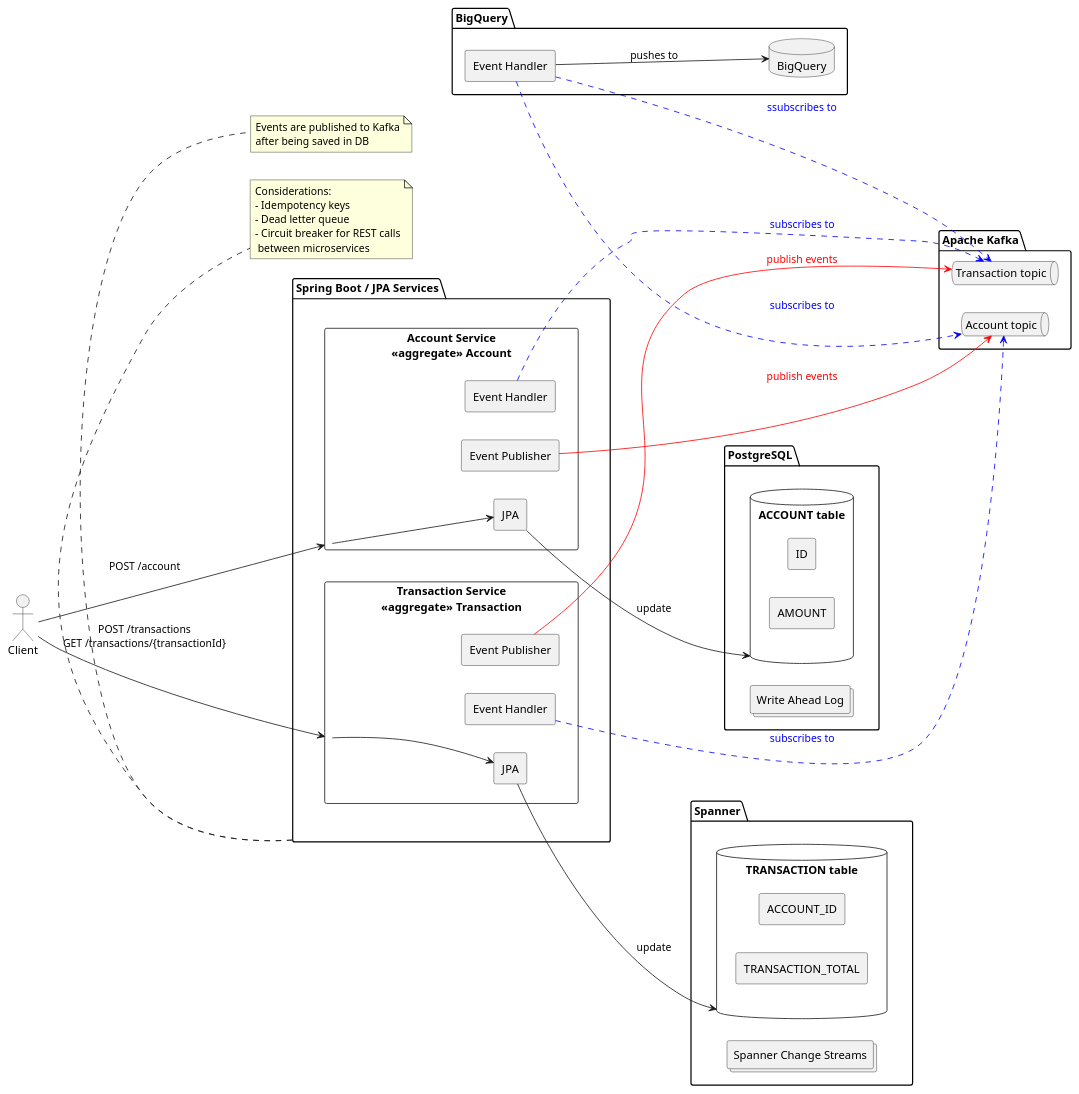
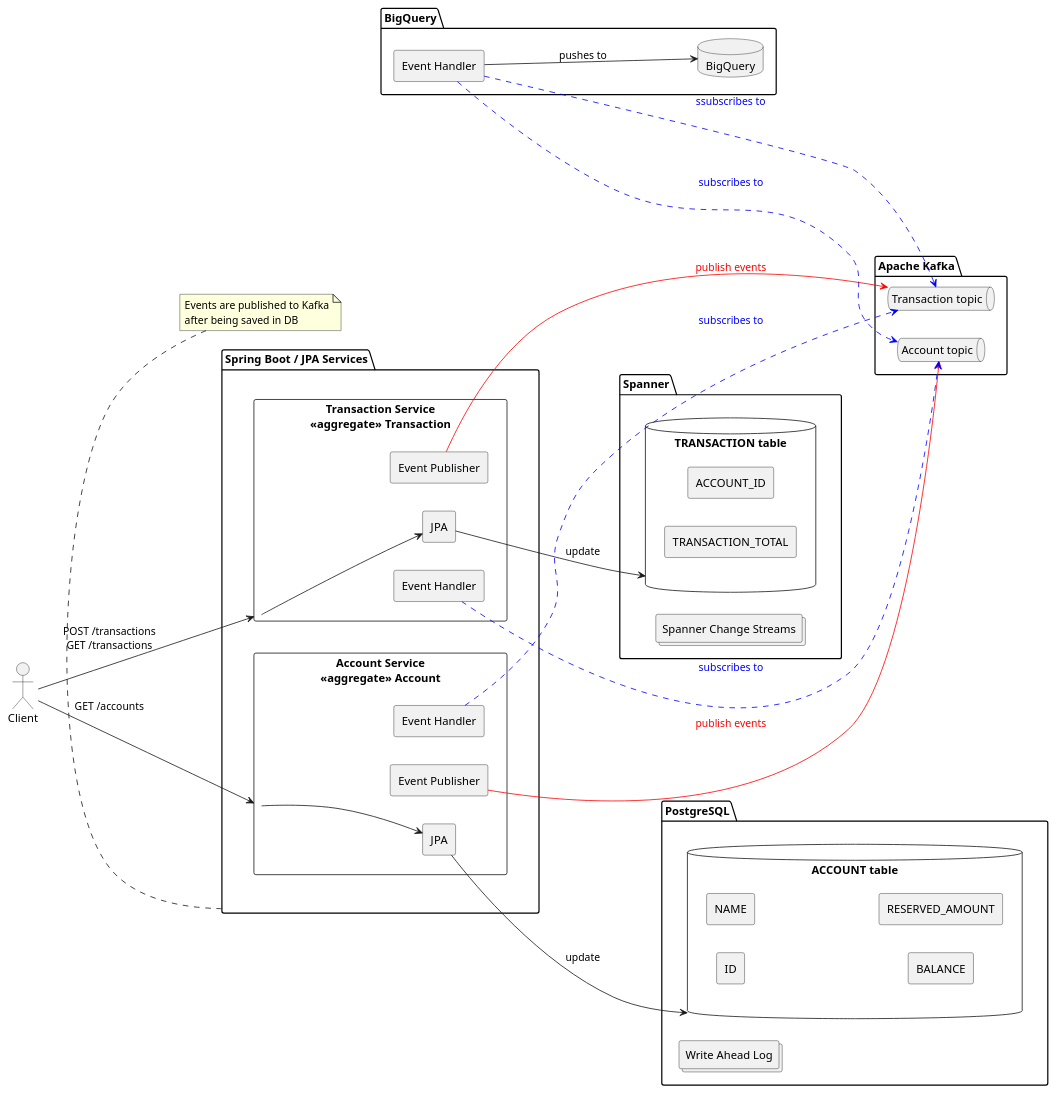
The diagram in docs/2-no-outbox.wsd (chinadupaya/resilient-flows-test), drawn with PlantUML before and after one commit. The commit also changed 4 other files, not shown here.

```diff
--- a/docs/2-no-outbox.wsd
+++ b/docs/2-no-outbox.wsd
@@ -1,117 +1,119 @@
 @startuml test
 left to right direction
 skinparam componentStyle rectangle
 skinparam shadowing false
 
 actor Client
 
 package "Spring Boot / JPA Services" as SPRINGPKG{
 
   component "Account Service\n<<aggregate>> Account" as ACCT {
     [Event Publisher] as ACCT_EP
     [Event Handler] as ACCT_EH
     [JPA] as ACCT_JPA
   }
 
   component "Transaction Service\n<<aggregate>> Transaction" as TRNSC {
     [Event Publisher] as TRNSC_EP
     [Event Handler] as TRNSC_EH
     [JPA] as TRNSC_JPA
   }
 
   ' ' alternative: replace with bigquery to emulate reconciliation
   ' component "Transaction History Service" as OHS {
   '   [Event Handler] as THS_EH
   '   [CQRS Writer] as OHS_CQRS
   ' }
 }
 
 package "BigQuery" {
   database "BigQuery" as BQ {
     
   }
   component "Event Handler" as THS_EH
 }
 
 package "PostgreSQL" {
 
   database "ACCOUNT table" as DB_ACCOUNT {
     [ID]
-    [AMOUNT]
+    [NAME]
+    [BALANCE]
+    [RESERVED_AMOUNT]
   }
 
 
   collections "Write Ahead Log" as WAL
 }
 
 package "Spanner"{
 
     database "TRANSACTION table" as DB_TRANSACTION {
         [ID]
         [ACCOUNT_ID]
         [TRANSACTION_TOTAL]
     }
 
     collections "Spanner Change Streams" as SPANNER_CS
 
 }
 
 package "Apache Kafka" {
   queue "Account topic" as K_ACCOUNT
   queue "Transaction topic" as K_TRANSACTION
 }
 
 ' =====================
 ' REST endpoints
 ' =====================
 
-Client --> ACCT : POST /account
-Client --> TRNSC : POST /transactions\nGET /transactions/{transactionId}
+Client --> ACCT : GET /accounts
+Client --> TRNSC : POST /transactions\nGET /transactions
 ' Client --> OHS : GET /account/{accountId}\nGET /transactions/{transactionId}
 
 ' =====================
 ' Account Service flow
 ' =====================
 
 ACCT --> ACCT_JPA
 ' ACCT --> ACCT_EP
 ACCT_JPA --> DB_ACCOUNT : update
 ' 
 ' ACCT_EP --> DB_MESSAGE_PS : publish events
 ACCT_EP -[#red]> K_ACCOUNT : <font color=red>publish events
 ACCT_EH ...[#0000FF]> K_TRANSACTION : <font color=blue>subscribes to
 
 ' =====================
 ' Transaction Service flow
 ' =====================
 
 TRNSC --> TRNSC_JPA
 TRNSC_JPA --> DB_TRANSACTION : update
 ' TRNSC_JPA ... TRNSC_EP
 
 ' TRNSC_EP --> DB_MESSAGE_SP : publish events
 TRNSC_EP -[#red]> K_TRANSACTION : <font color=red>publish events
 TRNSC_EH ...[#0000FF]> K_ACCOUNT : <font color=blue>subscribes to
 
 
 ' =====================
 ' Transaction History Service
 ' =====================
 
 THS_EH ...[#0000FF]> K_ACCOUNT : <font color=blue>subscribes to
 THS_EH ...[#0000FF]> K_TRANSACTION : <font color=blue>ssubscribes to
 THS_EH --> BQ : pushes to
 
-note bottom of SPRINGPKG
-Considerations:
-- Idempotency keys
-- Dead letter queue
-- Circuit breaker for REST calls
- between microservices
-end note
+' note bottom of SPRINGPKG
+' Considerations:
+' - Idempotency keys
+' - Dead letter queue
+' - Circuit breaker for REST calls
+'  between microservices
+' end note
 
 note bottom of SPRINGPKG
 Events are published to Kafka
 after being saved in DB
 end note
 @enduml
```
